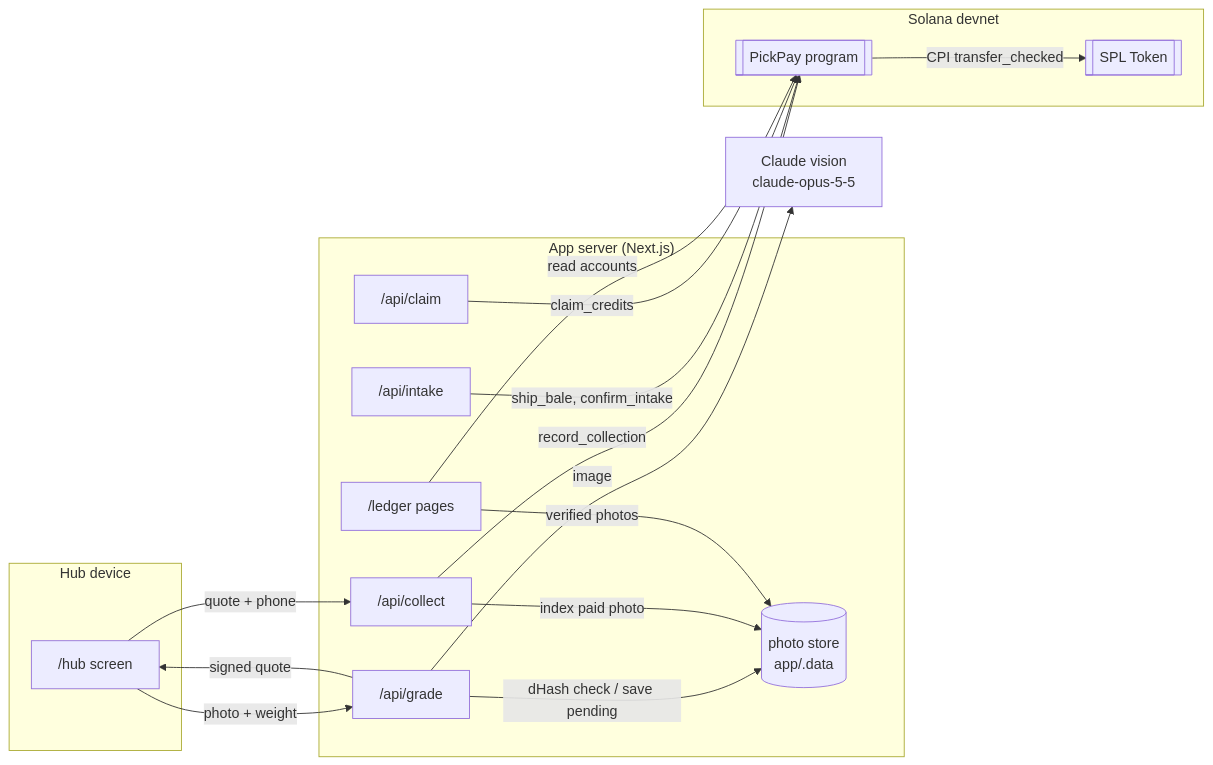
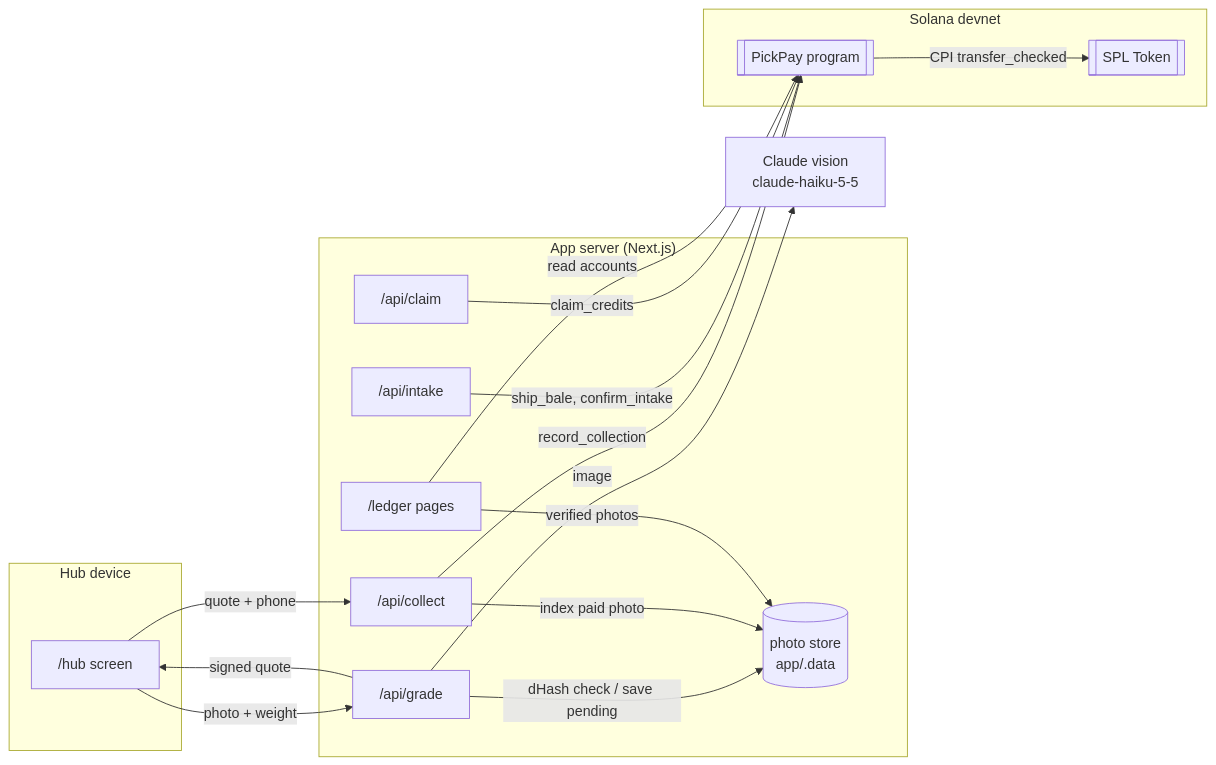
The first of 3 diagrams in docs/architecture.md (Don-Vicks/pickpay), drawn with Mermaid before and after one commit. The commit also changed other lines of this file and 2 other files, not shown here.

Commit message:
feat(app): grade photos with Claude Haiku 5.5 to cut cost
Haiku 5.5 lists at $0.10/$0.50 per million tokens. It has no server-side
refusal fallback, so grading uses the standard messages API and a
declined photo still surfaces as a clear error. Tested once on the
unseeded video photo: PET, 15% contamination, medium confidence, 3.3 s.

````diff
--- a/docs/architecture.md
+++ b/docs/architecture.md
@@ -7,31 +7,31 @@
 ```mermaid
 flowchart LR
   subgraph Device["Hub device"]
     UI["/hub screen"]
   end
   subgraph App["App server (Next.js)"]
     G["/api/grade"]
     C["/api/collect"]
     I["/api/intake"]
     K["/api/claim"]
     L["/ledger pages"]
     P[("photo store<br/>app/.data")]
   end
-  AI["Claude vision<br/>claude-opus-5-5"]
+  AI["Claude vision<br/>claude-haiku-5-5"]
   subgraph Chain["Solana devnet"]
     PG[["PickPay program"]]
     T[["SPL Token"]]
   end
   UI -- photo + weight --> G
   G -- image --> AI
   G -- dHash check / save pending --> P
   G -- signed quote --> UI
   UI -- quote + phone --> C
   C -- record_collection --> PG
   PG -- CPI transfer_checked --> T
   C -- index paid photo --> P
   I -- ship_bale, confirm_intake --> PG
   K -- claim_credits --> PG
   L -- read accounts --> PG
   L -- verified photos --> P
 ```
````
